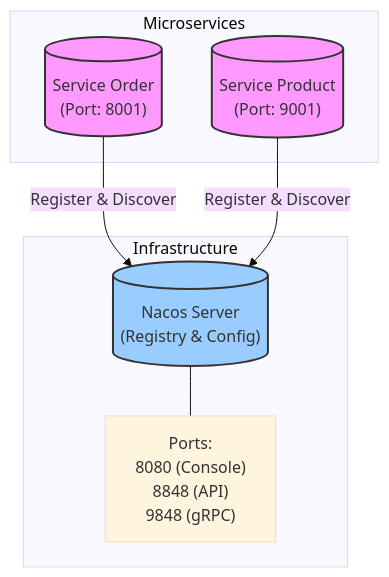
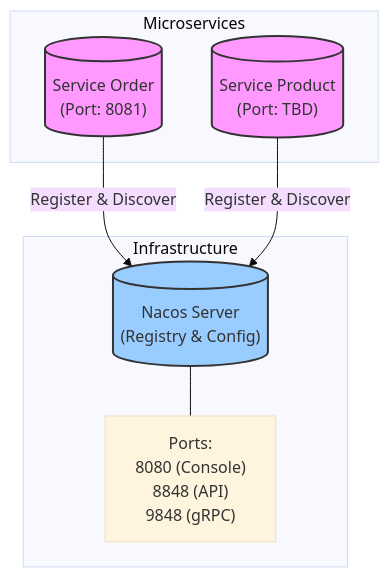
The diagram in README.md (rainyctl/rainy-spring-cloud), drawn with Mermaid (base theme) before and after one commit. The commit also changed other lines of this file and 6 other files, not shown here.

````diff
--- a/README.md
+++ b/README.md
@@ -15,22 +15,22 @@
 ```mermaid
 graph TD
     subgraph Infrastructure
         Nacos[("Nacos Server<br>(Registry & Config)")]
         NacosPorts["Ports:<br>8080 (Console)<br>8848 (API)<br>9848 (gRPC)"]
         Nacos --- NacosPorts
     end
 
     subgraph Microservices
-        Order[("Service Order<br>(Port: 8001)")]
-        Product[("Service Product<br>(Port: 9001)")]
+        Order[("Service Order<br>(Port: 8081)")]
+        Product[("Service Product<br>(Port: TBD)")]
     end
 
     Order -->|Register & Discover| Nacos
     Product -->|Register & Discover| Nacos
     
     classDef service fill:#f9f,stroke:#333,stroke-width:2px;
     classDef infra fill:#9cf,stroke:#333,stroke-width:2px;
     
     class Order,Product service;
     class Nacos infra;
 ```
````
